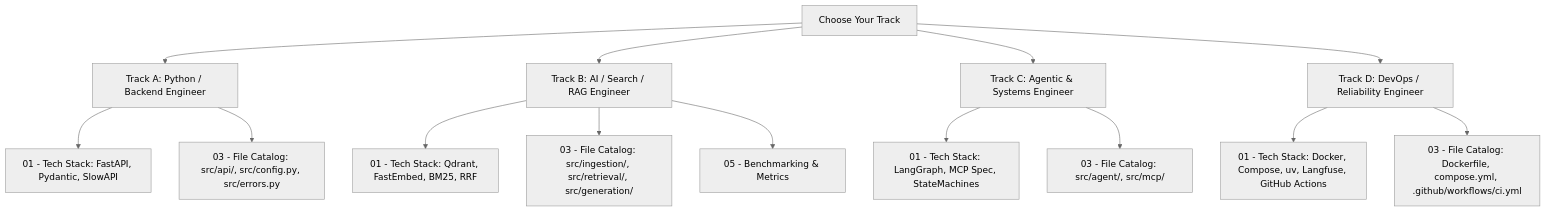
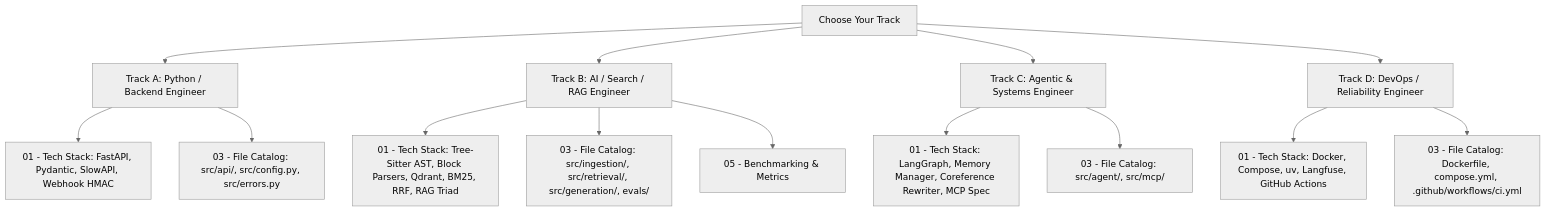
One commit to krotrn/campus-connect-ai changed the second of 3 diagrams in docs/developer-guide/README.md. Above: the diagram before and after it, drawn with Mermaid (neutral theme). The commit also changed other lines of this file and 5 other files, not shown here.

````diff
--- a/docs/developer-guide/README.md
+++ b/docs/developer-guide/README.md
@@ -62,20 +66,20 @@
 ```mermaid
 graph TD
     Start["Choose Your Track"] --> A["Track A: Python / Backend Engineer"]
     Start --> B["Track B: AI / Search / RAG Engineer"]
     Start --> C["Track C: Agentic & Systems Engineer"]
     Start --> D["Track D: DevOps / Reliability Engineer"]
 
-    A --> Doc1["01 - Tech Stack: FastAPI, Pydantic, SlowAPI"]
+    A --> Doc1["01 - Tech Stack: FastAPI, Pydantic, SlowAPI, Webhook HMAC"]
     A --> Doc3A["03 - File Catalog: src/api/, src/config.py, src/errors.py"]
 
-    B --> Doc1B["01 - Tech Stack: Qdrant, FastEmbed, BM25, RRF"]
-    B --> Doc3B["03 - File Catalog: src/ingestion/, src/retrieval/, src/generation/"]
+    B --> Doc1B["01 - Tech Stack: Tree-Sitter AST, Block Parsers, Qdrant, BM25, RRF, RAG Triad"]
+    B --> Doc3B["03 - File Catalog: src/ingestion/, src/retrieval/, src/generation/, evals/"]
     B --> Doc5["05 - Benchmarking & Metrics"]
 
-    C --> Doc1C["01 - Tech Stack: LangGraph, MCP Spec, StateMachines"]
+    C --> Doc1C["01 - Tech Stack: LangGraph, Memory Manager, Coreference Rewriter, MCP Spec"]
     C --> Doc3C["03 - File Catalog: src/agent/, src/mcp/"]
 
     D --> Doc1D["01 - Tech Stack: Docker, Compose, uv, Langfuse, GitHub Actions"]
     D --> Doc3D["03 - File Catalog: Dockerfile, compose.yml, .github/workflows/ci.yml"]
 ```
````
